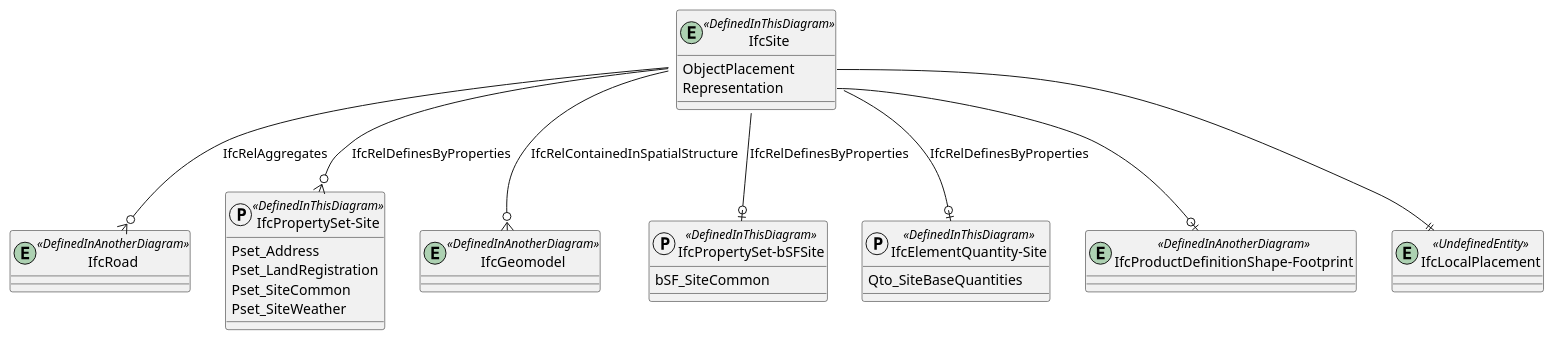
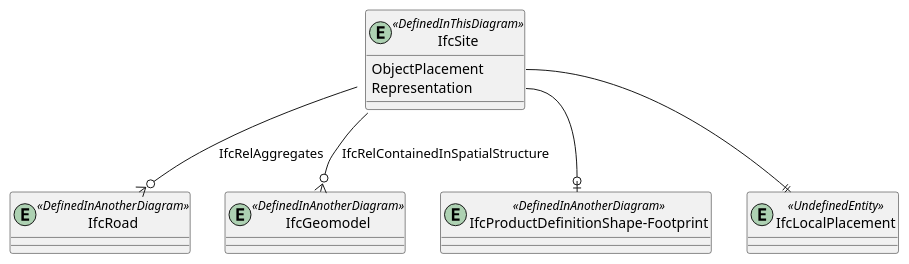
One commit to buildingSMART-Finland/RYTV-IFCRoute changed the diagram in diagrams/bsf-IfcSite.pu. Above: the diagram before and after it, drawn with PlantUML. The commit also changed 10 other files, not shown here.

```diff
--- a/diagrams/bsf-IfcSite.pu
+++ b/diagrams/bsf-IfcSite.pu
@@ -1,46 +1,25 @@
 @startuml 
 
 entity IfcSite <<DefinedInThisDiagram>>
 {
   ObjectPlacement
   Representation
 }
 
 entity IfcRoad <<DefinedInAnotherDiagram>> 
 
 IfcSite--o{IfcRoad : IfcRelAggregates
 
-protocol "IfcPropertySet-Site" <<DefinedInThisDiagram>>
-{
-  Pset_Address
-  Pset_LandRegistration
-  Pset_SiteCommon
-  Pset_SiteWeather
-}
-
 entity IfcGeomodel <<DefinedInAnotherDiagram>>
 IfcSite::ContainsElements--o{IfcGeomodel : IfcRelContainedInSpatialStructure
 
-protocol "IfcPropertySet-bSFSite" <<DefinedInThisDiagram>>
-{
-  bSF_SiteCommon
-}
-
-protocol "IfcElementQuantity-Site" <<DefinedInThisDiagram>>
-{
-  Qto_SiteBaseQuantities
-}
 
 entity "IfcProductDefinitionShape-Footprint" <<DefinedInAnotherDiagram>>
 IfcSite::Representation --o| "IfcProductDefinitionShape-Footprint"
 
 entity IfcLocalPlacement <<UndefinedEntity>>
 IfcSite::ObjectPlacement--||IfcLocalPlacement
 
 
-IfcSite --o{ "IfcPropertySet-Site" : IfcRelDefinesByProperties
-IfcSite --o| "IfcPropertySet-bSFSite" : IfcRelDefinesByProperties
-IfcSite --o| "IfcElementQuantity-Site" : IfcRelDefinesByProperties
-
 
 @enduml
```
